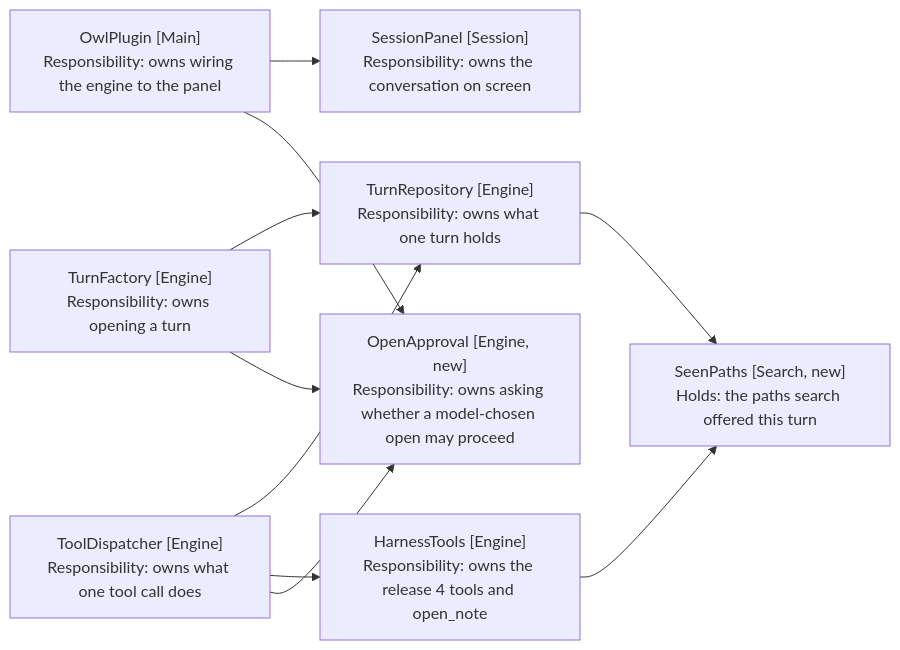
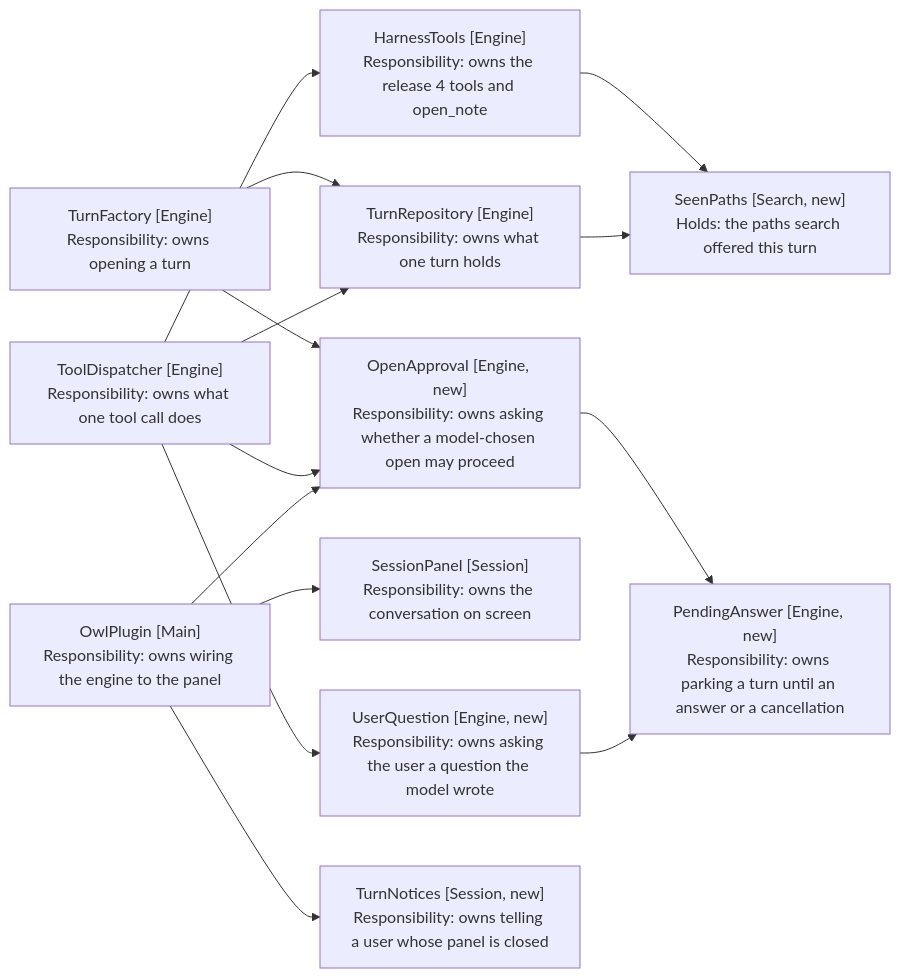
The first of 2 diagrams in docs/spec/4-obsidian-agent-harness/6-model-chosen-targets/3-component-design.md (iparips/obsidian-owl), drawn with Mermaid before and after one commit. The commit also changed other lines of this file and 3 other files, not shown here.

First line of the commit message:
Design the question tool and the notices for model-chosen targets

````diff
--- a/docs/spec/4-obsidian-agent-harness/6-model-chosen-targets/3-component-design.md
+++ b/docs/spec/4-obsidian-agent-harness/6-model-chosen-targets/3-component-design.md
@@ -97,21 +100,28 @@
 ```mermaid
 flowchart LR
     Dispatcher["ToolDispatcher [Engine]<br/>Responsibility: owns what one tool call does"]
     Approval["OpenApproval [Engine, new]<br/>Responsibility: owns asking whether a model-chosen open may proceed"]
     Harness["HarnessTools [Engine]<br/>Responsibility: owns the release 4 tools and open_note"]
     Seen["SeenPaths [Search, new]<br/>Holds: the paths search offered this turn"]
     Turn["TurnRepository [Engine]<br/>Responsibility: owns what one turn holds"]
     Factory["TurnFactory [Engine]<br/>Responsibility: owns opening a turn"]
     Main["OwlPlugin [Main]<br/>Responsibility: owns wiring the engine to the panel"]
     Panel["SessionPanel [Session]<br/>Responsibility: owns the conversation on screen"]
+    Question["UserQuestion [Engine, new]<br/>Responsibility: owns asking the user a question the model wrote"]
+    Pending["PendingAnswer [Engine, new]<br/>Responsibility: owns parking a turn until an answer or a cancellation"]
+    Notices["TurnNotices [Session, new]<br/>Responsibility: owns telling a user whose panel is closed"]
 
     Factory --> Approval
     Factory --> Turn
     Dispatcher --> Approval
+    Dispatcher --> Question
     Dispatcher --> Harness
     Dispatcher --> Turn
+    Approval --> Pending
+    Question --> Pending
     Harness --> Seen
     Turn --> Seen
     Main --> Approval
+    Main --> Notices
     Main --> Panel
 ```
````
